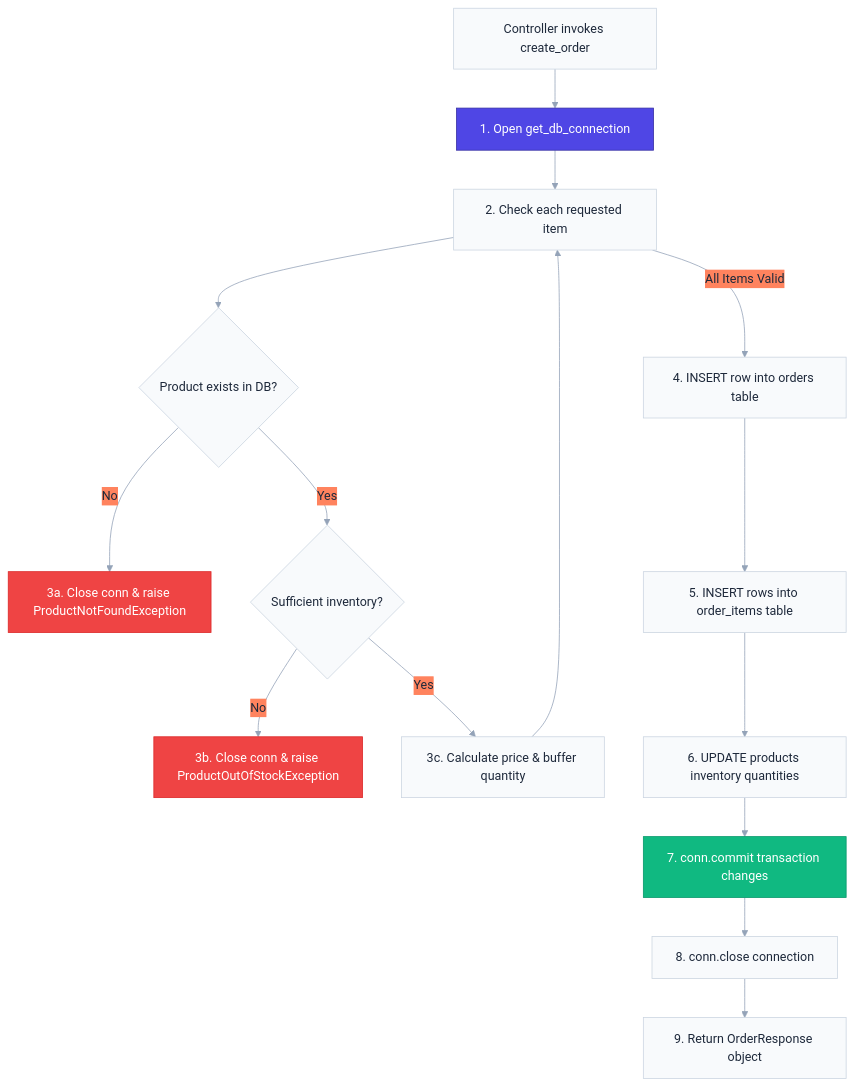
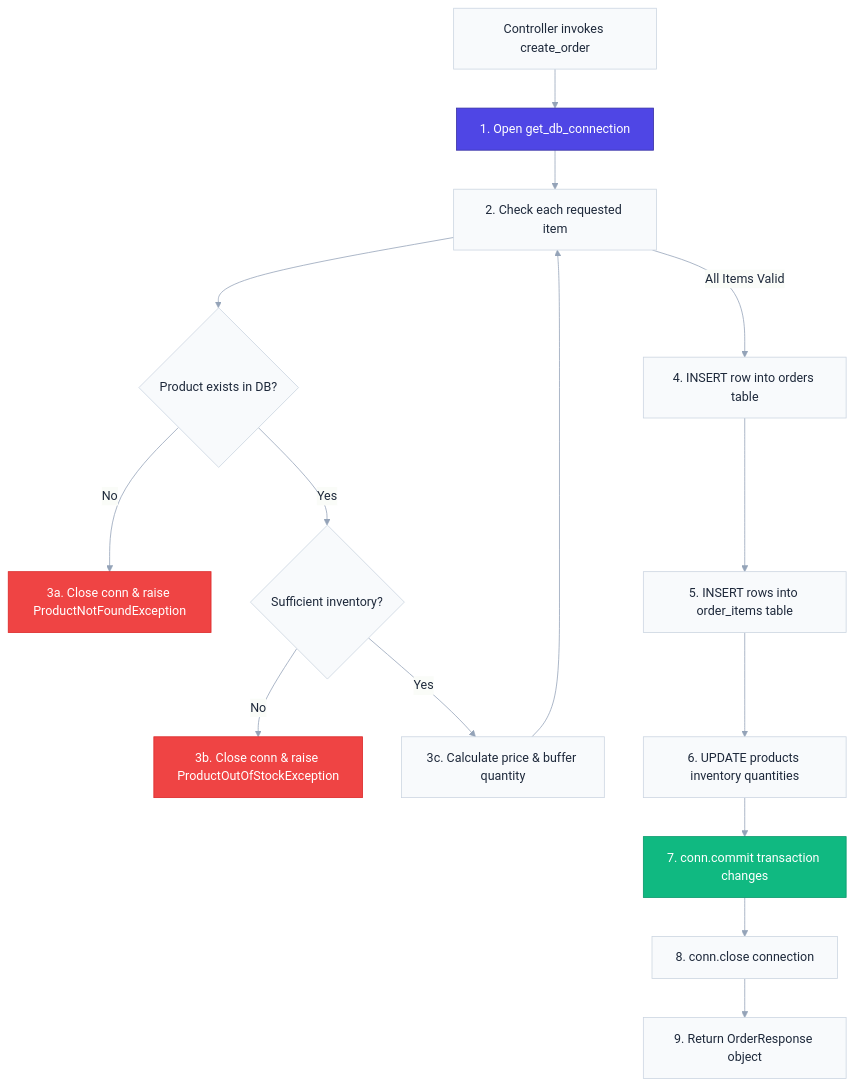
One commit to nakul-cloud/ecommerce-api changed the diagram in app/services/README.md. Above: the diagram before and after it, drawn with Mermaid. The commit also changed other lines of this file and 20 other files, not shown here.

Commit message:
feat: implement core user, order, and warehouse fulfillment modules with RBAC and database schema initialization

````diff
--- a/app/services/README.md
+++ b/app/services/README.md
@@ -22,23 +22,23 @@
 ```mermaid
-%%{init: {'theme': 'base', 'themeVariables': {'primaryColor': '#4f46e5', 'primaryTextColor': '#1e293b', 'primaryBorderColor': '#3730a3', 'lineColor': '#94a3b8', 'secondaryColor': '#10b981', 'tertiaryColor': '#f59e0b', 'background': '#ffffff', 'mainBkg': '#f8fafc', 'nodeBorder': '#cbd5e1', 'nodeTextColor': '#1e293b', 'textColor': '#ffffff', 'titleColor': '#ffffff', 'edgeLabelBackground': '#ff835eff', 'clusterBkg': '#f1f5f9', 'clusterBorder': '#e2e8f0'}}}%%
+%%{init: {'theme': 'base', 'themeVariables': {'primaryColor': '#4f46e5', 'primaryTextColor': '#1e293b', 'primaryBorderColor': '#3730a3', 'lineColor': '#94a3b8', 'secondaryColor': '#10b981', 'tertiaryColor': '#f59e0b', 'background': '#ffffff', 'mainBkg': '#f8fafc', 'nodeBorder': '#cbd5e1', 'nodeTextColor': '#1e293b', 'textColor': '#ffffff', 'titleColor': '#ffffff', 'edgeLabelBackground': '#fafcf8ff', 'clusterBkg': '#f1f5f9', 'clusterBorder': '#e2e8f0'}}}%%
 flowchart TD
     Start[Controller invokes create_order] --> DBConn[1. Open get_db_connection]
     DBConn --> LoopItems[2. Check each requested item]
     LoopItems --> CheckProd{Product exists in DB?}
     CheckProd -->|No| RaiseNF[3a. Close conn & raise ProductNotFoundException]
     CheckProd -->|Yes| CheckStock{Sufficient inventory?}
     CheckStock -->|No| RaiseOOS[3b. Close conn & raise ProductOutOfStockException]
     CheckStock -->|Yes| CalcPrice[3c. Calculate price & buffer quantity]
     CalcPrice --> LoopItems
     LoopItems -->|All Items Valid| InsertOrder[4. INSERT row into orders table]
     InsertOrder --> InsertItems[5. INSERT rows into order_items table]
     InsertItems --> DeductStock[6. UPDATE products inventory quantities]
     DeductStock --> Commit[7. conn.commit transaction changes]
     Commit --> CloseConn[8. conn.close connection]
     CloseConn --> ReturnRes[9. Return OrderResponse object]
     
     style DBConn fill:#4f46e5,stroke:#3730a3,color:#ffffff
     style Commit fill:#10b981,stroke:#059669,color:#ffffff
     style RaiseNF fill:#ef4444,stroke:#dc2626,color:#ffffff
     style RaiseOOS fill:#ef4444,stroke:#dc2626,color:#ffffff
 ```
````
